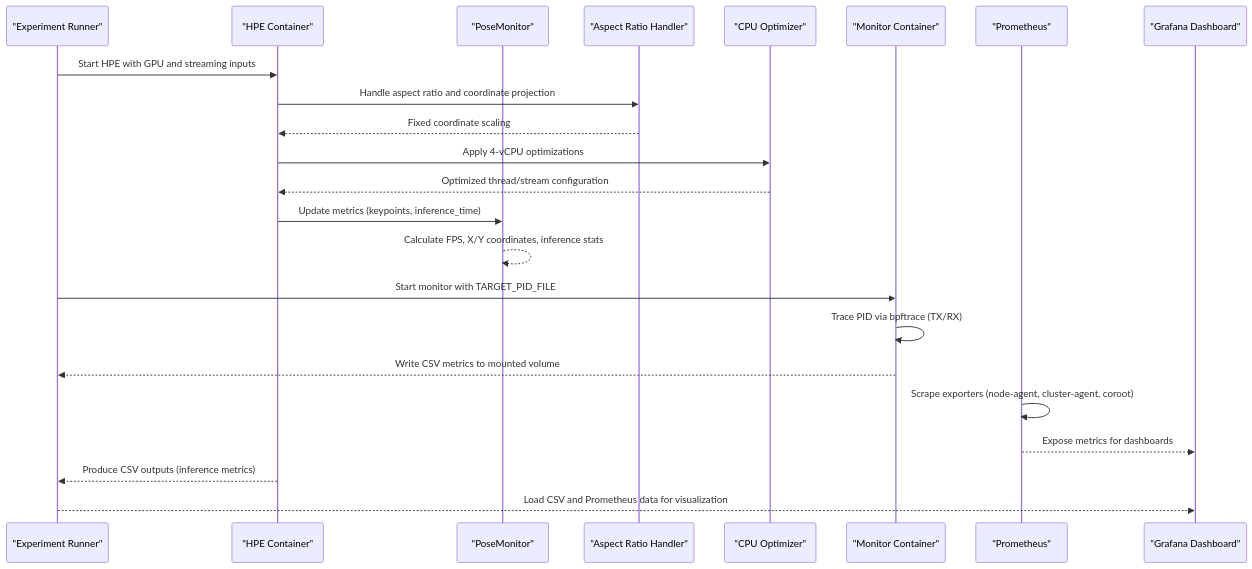
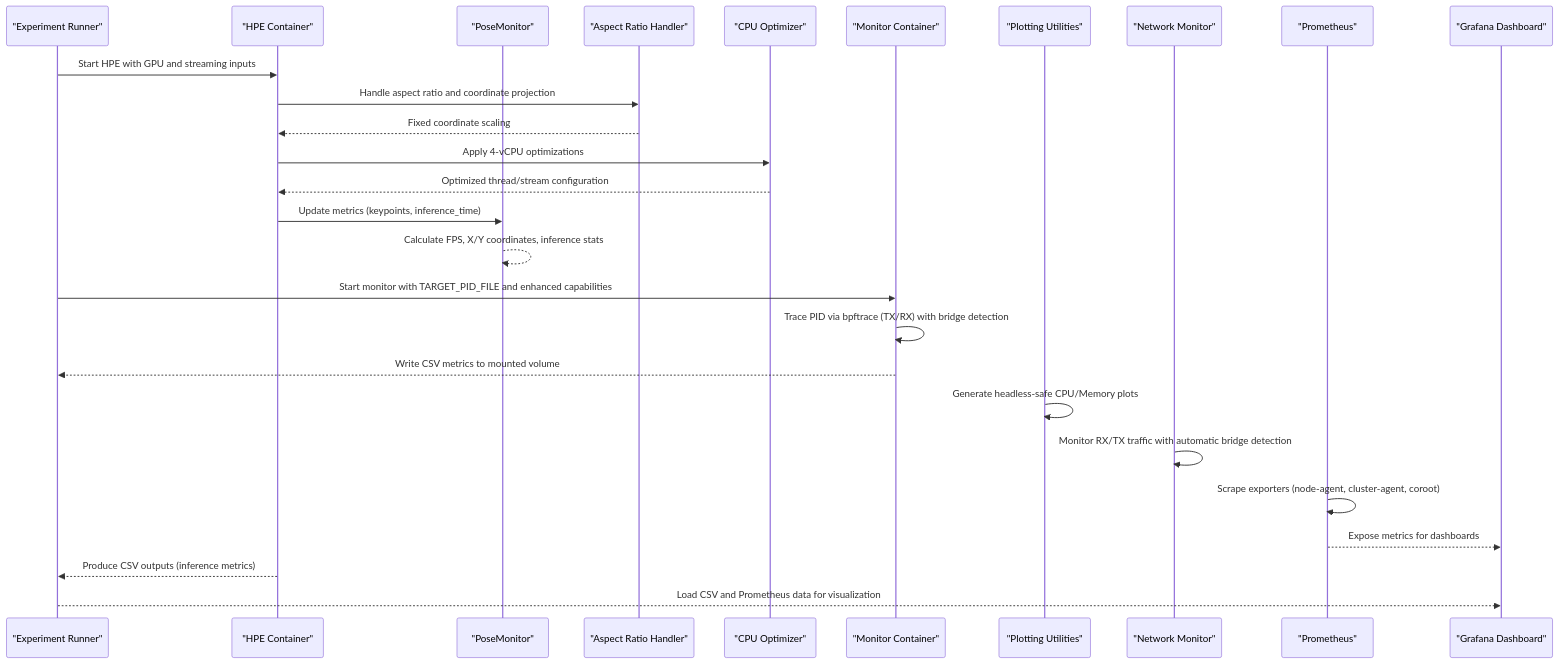
One commit to Fogus-Gr/MeasurementsDTs changed the second of 12 diagrams in .qoder/repowiki/en/content/Monitoring and Analytics/Monitoring and Analytics.md. Above: the diagram before and after it, drawn with Mermaid. The commit also changed other lines of this file and 11 other files, not shown here.

````diff
--- a/.qoder/repowiki/en/content/Monitoring and Analytics/Monitoring and Analytics.md
+++ b/.qoder/repowiki/en/content/Monitoring and Analytics/Monitoring and Analytics.md
@@ -185,25 +217,29 @@
 ```mermaid
 sequenceDiagram
 participant Exp as "Experiment Runner"
 participant HPE as "HPE Container"
 participant PM as "PoseMonitor"
 participant AR as "Aspect Ratio Handler"
 participant CPU as "CPU Optimizer"
 participant Mon as "Monitor Container"
+participant Plot as "Plotting Utilities"
+participant Net as "Network Monitor"
 participant Prom as "Prometheus"
 participant Dash as "Grafana Dashboard"
 Exp->>HPE : Start HPE with GPU and streaming inputs
 HPE->>AR : Handle aspect ratio and coordinate projection
 AR-->>HPE : Fixed coordinate scaling
 HPE->>CPU : Apply 4-vCPU optimizations
 CPU-->>HPE : Optimized thread/stream configuration
 HPE->>PM : Update metrics (keypoints, inference_time)
 PM-->>PM : Calculate FPS, X/Y coordinates, inference stats
-Exp->>Mon : Start monitor with TARGET_PID_FILE
-Mon->>Mon : Trace PID via bpftrace (TX/RX)
+Exp->>Mon : Start monitor with TARGET_PID_FILE and enhanced capabilities
+Mon->>Mon : Trace PID via bpftrace (TX/RX) with bridge detection
 Mon-->>Exp : Write CSV metrics to mounted volume
+Plot->>Plot : Generate headless-safe CPU/Memory plots
+Net->>Net : Monitor RX/TX traffic with automatic bridge detection
 Prom->>Prom : Scrape exporters (node-agent, cluster-agent, coroot)
 Prom-->>Dash : Expose metrics for dashboards
 HPE-->>Exp : Produce CSV outputs (inference metrics)
 Exp-->>Dash : Load CSV and Prometheus data for visualization
 ```
````
